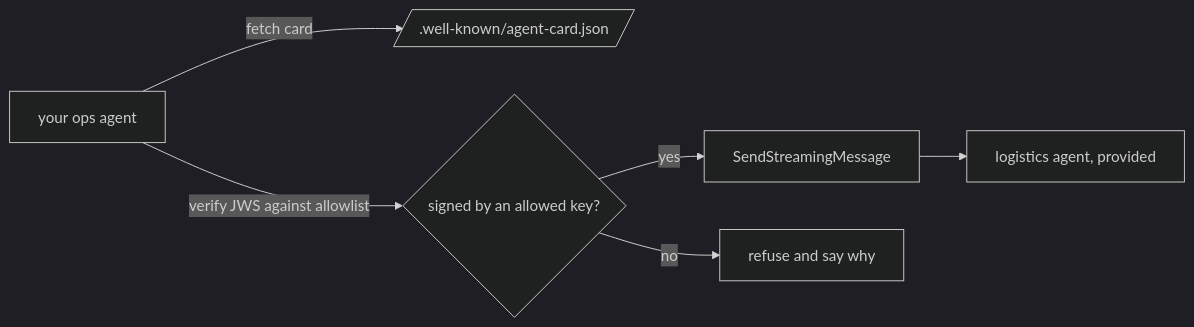
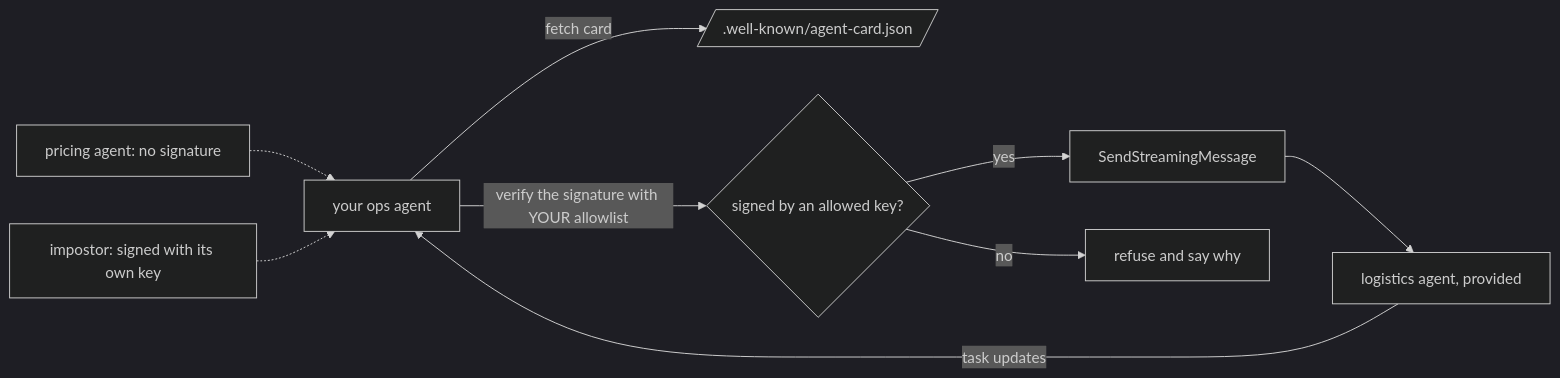
One commit to learnwithparam/agentic-commerce-data changed the diagram in parts/08-delegate-over-a2a/README.md. Above: the diagram before and after it, drawn with Mermaid (dark theme). The commit also changed other lines of this file and 118 other files, not shown here.

````diff
--- a/parts/08-delegate-over-a2a/README.md
+++ b/parts/08-delegate-over-a2a/README.md
@@ -23,8 +24,11 @@
 ```mermaid
 flowchart LR
   OPS[your ops agent] -- fetch card --> LC[/.well-known/agent-card.json/]
-  OPS -- verify JWS against allowlist --> OK{signed by an allowed key?}
+  OPS -- verify the signature with YOUR allowlist --> OK{signed by an allowed key?}
   OK -- yes --> ST[SendStreamingMessage]
   ST --> LOG[logistics agent, provided]
+  LOG -- task updates --> OPS
   OK -- no --> REF[refuse and say why]
+  PR[pricing agent: no signature] -.-> OPS
+  IM[impostor: signed with its own key] -.-> OPS
 ```
````
